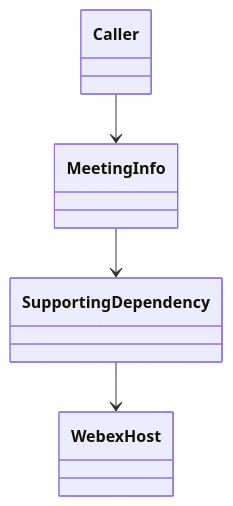
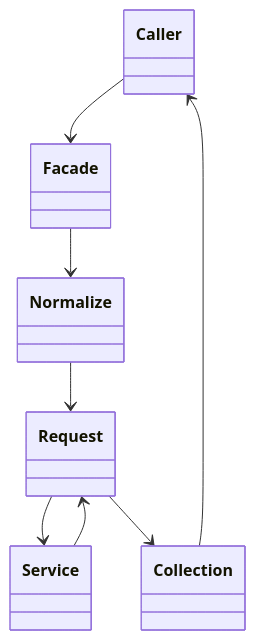
Before and after one commit to webex/webex-js-sdk: the fourth of 4 diagrams in packages/@webex/plugin-meetings/src/meeting-info/ai-docs/meeting-info-spec.md, drawn with Mermaid. The commit also changed other lines of this file and 26 other files, not shown here.

````diff
--- a/packages/@webex/plugin-meetings/src/meeting-info/ai-docs/meeting-info-spec.md
+++ b/packages/@webex/plugin-meetings/src/meeting-info/ai-docs/meeting-info-spec.md
@@ -234,10 +158,16 @@
 ```mermaid
 classDiagram
   class Caller
-  class MeetingInfo
-  class SupportingDependency
-  class WebexHost
-  Caller --> MeetingInfo
-  MeetingInfo --> SupportingDependency
-  SupportingDependency --> WebexHost
+  class Facade
+  class Normalize
+  class Request
+  class Service
+  class Collection
+  Caller --> Facade
+  Facade --> Normalize
+  Normalize --> Request
+  Request --> Service
+  Service --> Request
+  Request --> Collection
+  Collection --> Caller
 ```
````
